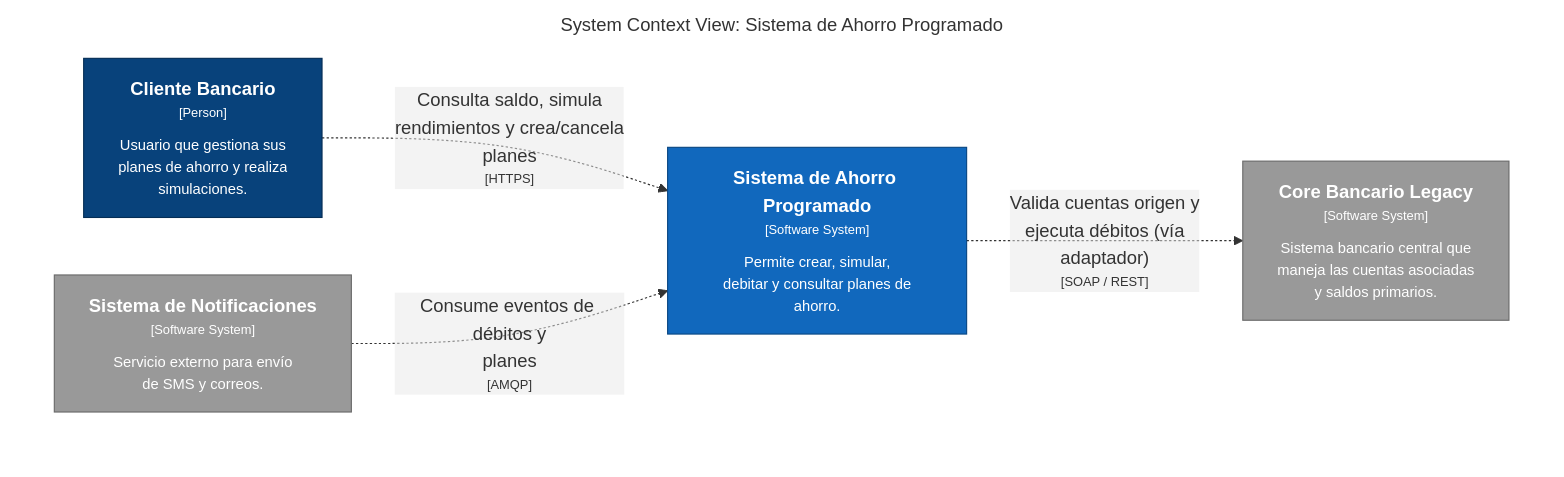
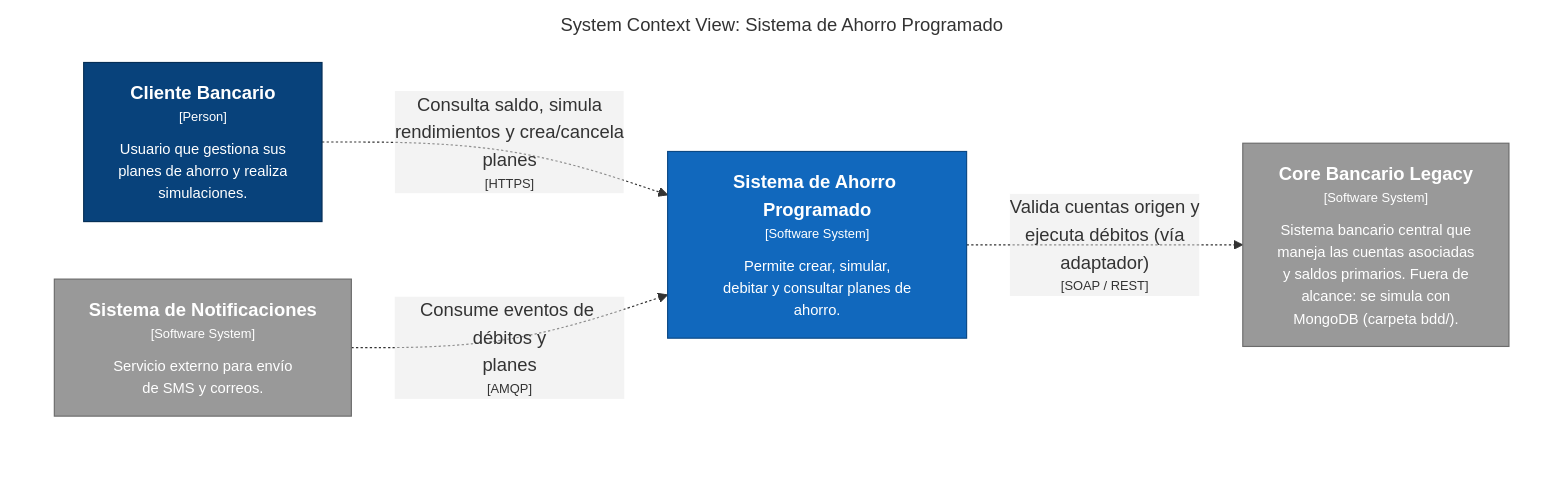
One commit to pajmunoz/Trabajo-Final-ArquitecturaApis changed the diagram in diagramas/export/structurizr-Contexto.mmd. Above: the diagram before and after it, drawn with Mermaid. The commit also changed 12 other files, not shown here.

First line of the commit message:
Alinea la Fase 2 con los patrones de diseño y el core simulado

```diff
--- a/diagramas/export/structurizr-Contexto.mmd
+++ b/diagramas/export/structurizr-Contexto.mmd
@@ -1,20 +1,20 @@
 graph TB
   linkStyle default fill:#ffffff
 
   subgraph diagram ["System Context View: Sistema de Ahorro Programado"]
     style diagram fill:#ffffff,stroke:#ffffff
 
     1["<div style='font-weight: bold'>Cliente Bancario</div><div style='font-size: 70%; margin-top: 0px'>[Person]</div><div style='font-size: 80%; margin-top:10px'>Usuario que gestiona sus<br />planes de ahorro y realiza<br />simulaciones.</div>"]
     style 1 fill:#08427b,stroke:#052e56,color:#ffffff
-    2["<div style='font-weight: bold'>Core Bancario Legacy</div><div style='font-size: 70%; margin-top: 0px'>[Software System]</div><div style='font-size: 80%; margin-top:10px'>Sistema bancario central que<br />maneja las cuentas asociadas<br />y saldos primarios.</div>"]
+    2["<div style='font-weight: bold'>Core Bancario Legacy</div><div style='font-size: 70%; margin-top: 0px'>[Software System]</div><div style='font-size: 80%; margin-top:10px'>Sistema bancario central que<br />maneja las cuentas asociadas<br />y saldos primarios. Fuera de<br />alcance: se simula con<br />MongoDB (carpeta bdd/).</div>"]
     style 2 fill:#999999,stroke:#6b6b6b,color:#ffffff
     3["<div style='font-weight: bold'>Sistema de Notificaciones</div><div style='font-size: 70%; margin-top: 0px'>[Software System]</div><div style='font-size: 80%; margin-top:10px'>Servicio externo para envío<br />de SMS y correos.</div>"]
     style 3 fill:#999999,stroke:#6b6b6b,color:#ffffff
     4["<div style='font-weight: bold'>Sistema de Ahorro Programado</div><div style='font-size: 70%; margin-top: 0px'>[Software System]</div><div style='font-size: 80%; margin-top:10px'>Permite crear, simular,<br />debitar y consultar planes de<br />ahorro.</div>"]
     style 4 fill:#1168bd,stroke:#0b4884,color:#ffffff
 
     1-. "<div>Consulta saldo, simula<br />rendimientos y crea/cancela<br />planes</div><div style='font-size: 70%'>[HTTPS]</div>" .->4
     4-. "<div>Valida cuentas origen y<br />ejecuta débitos (vía<br />adaptador)</div><div style='font-size: 70%'>[SOAP / REST]</div>" .->2
     3-. "<div>Consume eventos de débitos y<br />planes</div><div style='font-size: 70%'>[AMQP]</div>" .->4
 
   end
```
